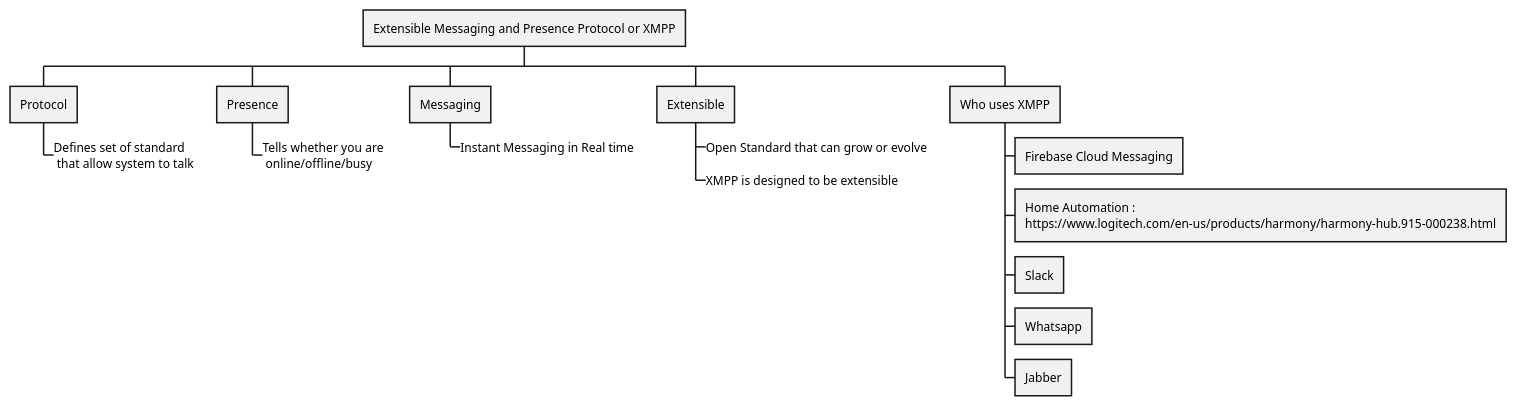
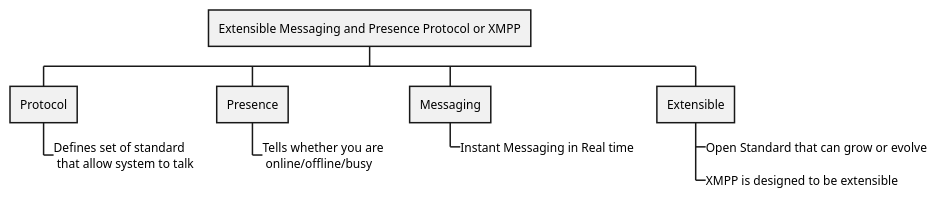
Before and after one commit to santojos/Distributed-Systems: the diagram in Design/Instant-Messaging/XMPP.iuml, drawn with PlantUML.

```diff
--- a/Design/Instant-Messaging/XMPP.iuml
+++ b/Design/Instant-Messaging/XMPP.iuml
@@ -1,22 +1,15 @@
 @startwbs
 'https://plantuml.com/wbs-diagram
 
 * Extensible Messaging and Presence Protocol or XMPP
 ** Protocol
 ***_ Defines set of standard \n that allow system to talk
 ** Presence
 ***_ Tells whether you are \n online/offline/busy
 ** Messaging
 ***_ Instant Messaging in Real time
 ** Extensible
 ***_ Open Standard that can grow or evolve
 ***_ XMPP is designed to be extensible
-
-** Who uses XMPP
-*** Firebase Cloud Messaging
-*** Home Automation :  \nhttps://www.logitech.com/en-us/products/harmony/harmony-hub.915-000238.html
-*** Slack
-*** Whatsapp
-*** Jabber
-
+ 
 @endwbs
```
